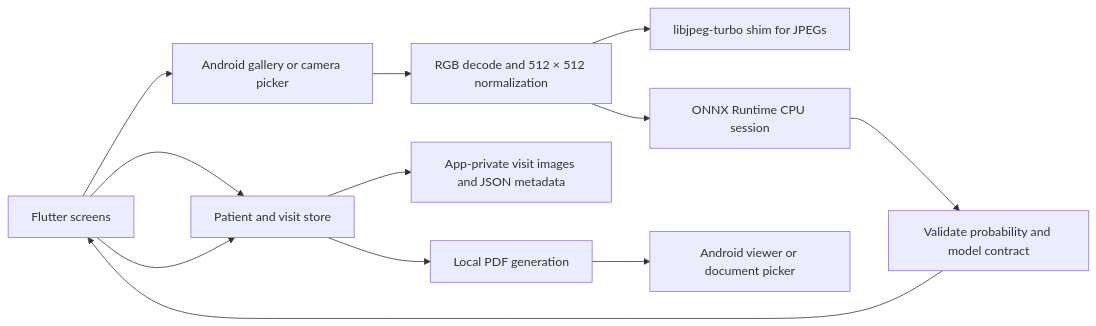
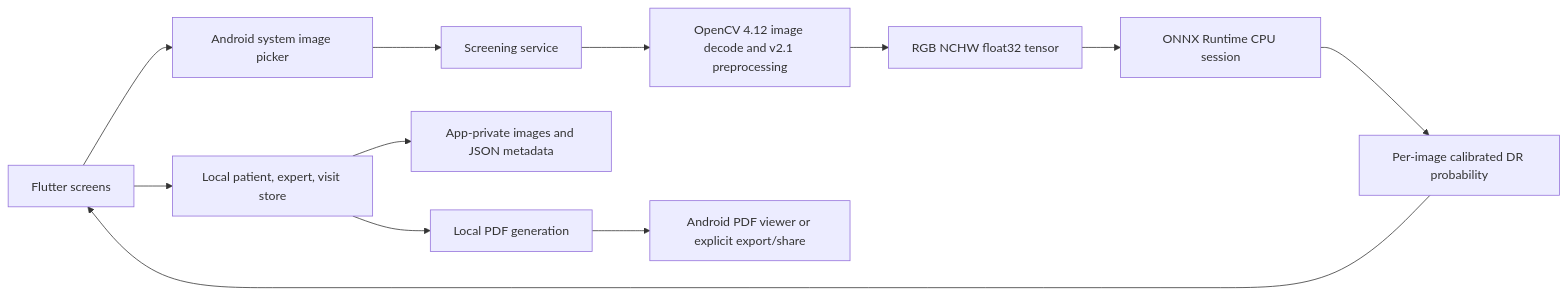
Before and after one commit to Mayank-gitspace/OFFIRST: the diagram in docs/ARCHITECTURE.md, drawn with Mermaid. The commit also changed other lines of this file and 15 other files, not shown here.

````diff
--- a/docs/ARCHITECTURE.md
+++ b/docs/ARCHITECTURE.md
@@ -5,14 +5,14 @@
 ```mermaid
 flowchart LR
-  UI[Flutter screens] --> Store[Patient and visit store]
-  UI --> Picker[Android gallery or camera picker]
-  Picker --> Pre[RGB decode and 512 × 512 normalization]
-  Pre --> Native[libjpeg-turbo shim for JPEGs]
-  Pre --> ONNX[ONNX Runtime CPU session]
-  ONNX --> Contract[Validate probability and model contract]
-  Contract --> UI
-  UI --> Store
-  Store --> Files[App-private visit images and JSON metadata]
+  UI[Flutter screens] --> Picker[Android system image picker]
+  Picker --> Service[Screening service]
+  Service --> CV[OpenCV 4.12 image decode and v2.1 preprocessing]
+  CV --> Tensor[RGB NCHW float32 tensor]
+  Tensor --> ORT[ONNX Runtime CPU session]
+  ORT --> Output[Per-image calibrated DR probability]
+  Output --> UI
+  UI --> Store[Local patient, expert, visit store]
+  Store --> Files[App-private images and JSON metadata]
   Store --> PDF[Local PDF generation]
-  PDF --> Export[Android viewer or document picker]
+  PDF --> Export[Android PDF viewer or explicit export/share]
 ```
````
